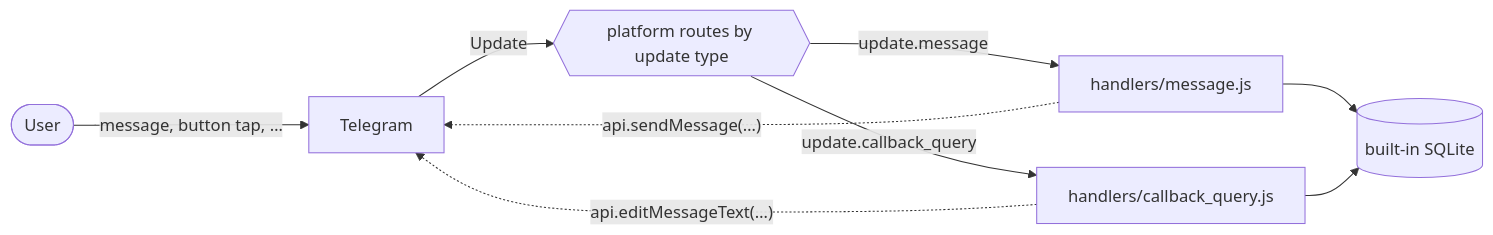
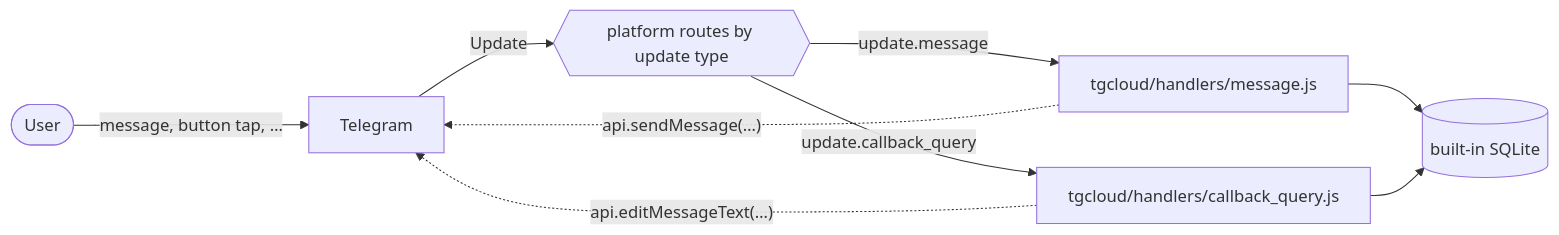
One commit to AZiPA/Telegram-Serverless-Bot-Template changed the first of 2 diagrams in README.md. Above: the diagram before and after it, drawn with Mermaid. The commit also changed other lines of this file and 12 other files, not shown here.

````diff
--- a/README.md
+++ b/README.md
@@ -19,11 +19,11 @@
 ```mermaid
 flowchart LR
     U([User]) -->|message, button tap, …| TG[Telegram]
     TG -->|Update| R{{"platform routes by update type"}}
-    R -->|update.message| M["handlers/message.js"]
-    R -->|update.callback_query| C["handlers/callback_query.js"]
+    R -->|update.message| M["tgcloud/handlers/message.js"]
+    R -->|update.callback_query| C["tgcloud/handlers/callback_query.js"]
     M --> DB[("built-in SQLite")]
     C --> DB
     M -.->|"api.sendMessage(…)"| TG
     C -.->|"api.editMessageText(…)"| TG
 ```
````
